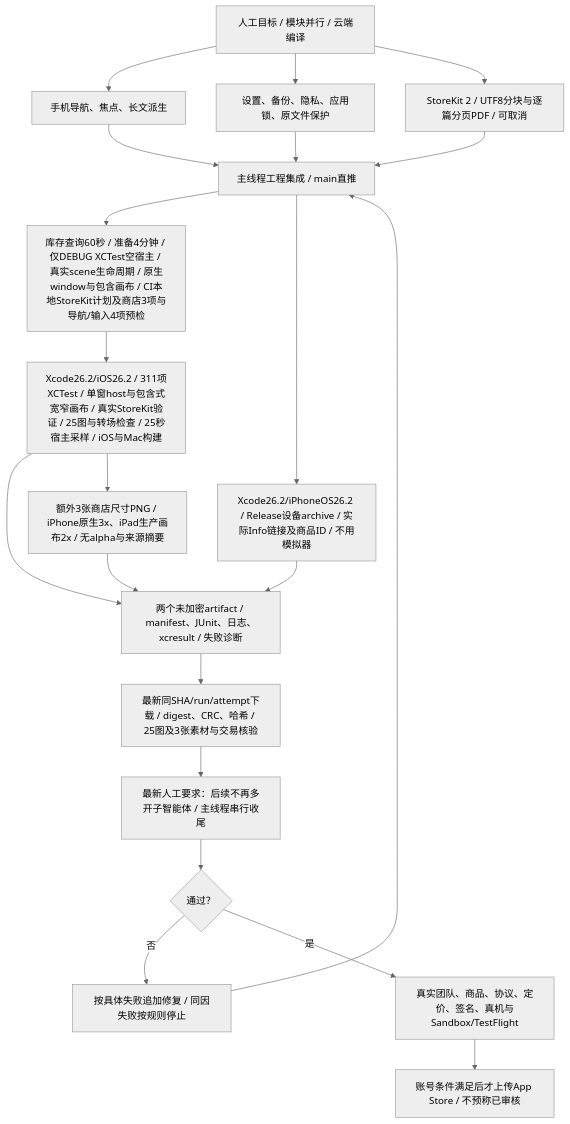
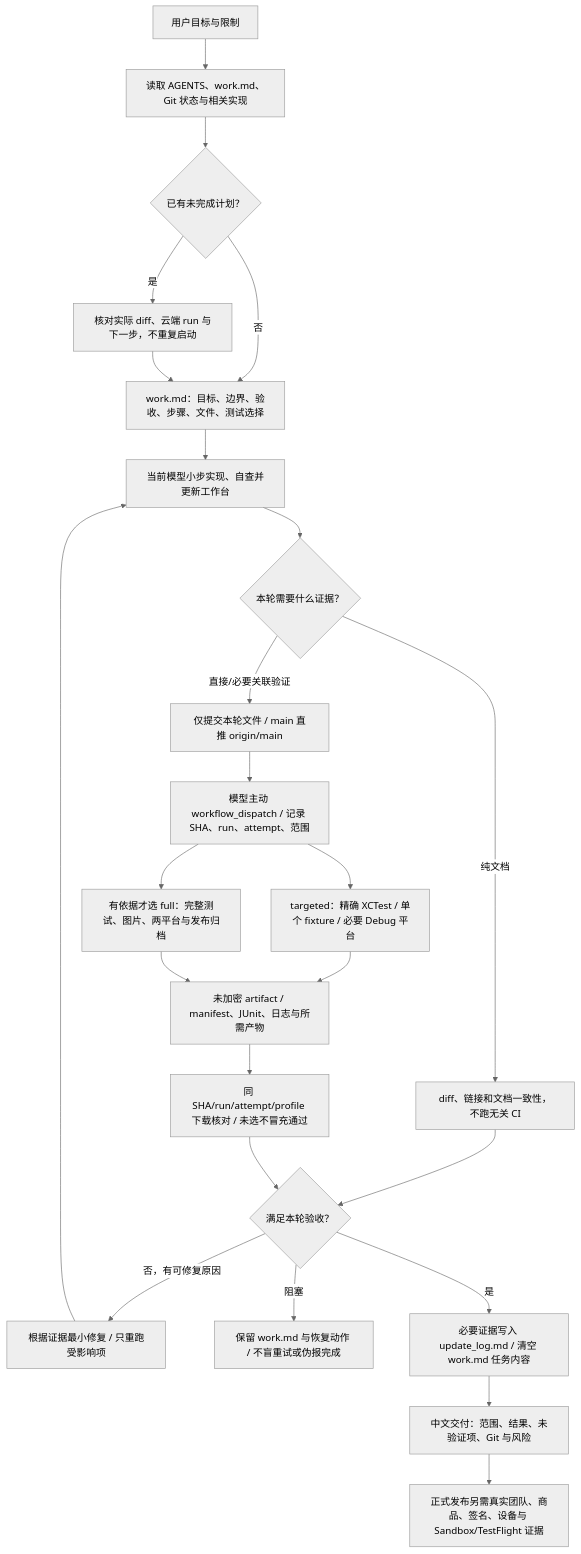
The fourth of 4 diagrams in md/flow/flowchart.md (Altman-sam114/117), drawn with Mermaid (neutral theme) before and after one commit. The commit also changed other lines of this file and 10 other files, not shown here.

````diff
--- a/md/flow/flowchart.md
+++ b/md/flow/flowchart.md
@@ -71,23 +71,26 @@
 ```mermaid
 flowchart TD
-  User["人工目标 / 模块并行 / 云端编译"] --> Mobile["手机导航、焦点、长文派生"]
-  User --> Safety["设置、备份、隐私、应用锁、原文件保护"]
-  User --> Pro["StoreKit 2 / UTF8分块与逐篇分页PDF / 可取消"]
-  Mobile --> Integrate["主线程工程集成 / main直推"]
-  Safety --> Integrate
-  Pro --> Integrate
-  Integrate --> TestHost["库存查询60秒 / 准备4分钟 / 仅DEBUG XCTest空宿主 / 真实scene生命周期 / 原生window与包含画布 / CI本地StoreKit计划及商店3项与导航/输入4项预检"]
-  TestHost --> Regression["Xcode26.2/iOS26.2 / 311项XCTest / 单窗host与包含式宽窄画布 / 真实StoreKit验证 / 25图与转场检查 / 25秒宿主采样 / iOS与Mac构建"]
-  Integrate --> Archive["Xcode26.2/iPhoneOS26.2 / Release设备archive / 实际Info链接及商品ID / 不用模拟器"]
-  Regression --> Results["两个未加密artifact / manifest、JUnit、日志、xcresult / 失败诊断"]
-  Archive --> Results
-  Regression --> StoreImages["额外3张商店尺寸PNG / iPhone原生3x、iPad生产画布2x / 无alpha与来源摘要"]
-  StoreImages --> Results
-  Results --> Review["最新同SHA/run/attempt下载 / digest、CRC、哈希 / 25图及3张素材与交易核验"]
-  Review --> Serial["最新人工要求：后续不再多开子智能体 / 主线程串行收尾"]
-  Serial --> Gate{"通过？"}
-  Gate -- "否" --> Fix["按具体失败追加修复 / 同因失败按规则停止"]
-  Fix --> Integrate
-  Gate -- "是" --> Account["真实团队、商品、协议、定价、签名、真机与Sandbox/TestFlight"]
-  Account --> Upload["账号条件满足后才上传App Store / 不预称已审核"]
+  User["用户目标与限制"] --> Read["读取 AGENTS、work.md、Git 状态与相关实现"]
+  Read --> Recover{"已有未完成计划？"}
+  Recover -- "是" --> VerifyState["核对实际 diff、云端 run 与下一步，不重复启动"]
+  Recover -- "否" --> Plan["work.md：目标、边界、验收、步骤、文件、测试选择"]
+  VerifyState --> Plan
+  Plan --> Develop["当前模型小步实现、自查并更新工作台"]
+  Develop --> Scope{"本轮需要什么证据？"}
+  Scope -- "纯文档" --> Static["diff、链接和文档一致性，不跑无关 CI"]
+  Scope -- "直接/必要关联验证" --> Push["仅提交本轮文件 / main 直推 origin/main"]
+  Push --> Dispatch["模型主动 workflow_dispatch / 记录 SHA、run、attempt、范围"]
+  Dispatch --> Targeted["targeted：精确 XCTest / 单个 fixture / 必要 Debug 平台"]
+  Dispatch --> Full["有依据才选 full：完整测试、图片、两平台与发布归档"]
+  Targeted --> Artifacts["未加密 artifact / manifest、JUnit、日志与所需产物"]
+  Full --> Artifacts
+  Artifacts --> Review["同 SHA/run/attempt/profile 下载核对 / 未选不冒充通过"]
+  Static --> Accept{"满足本轮验收？"}
+  Review --> Accept
+  Accept -- "否，有可修复原因" --> Fix["根据证据最小修复 / 只重跑受影响项"]
+  Fix --> Develop
+  Accept -- "阻塞" --> Blocked["保留 work.md 与恢复动作 / 不盲重试或伪报完成"]
+  Accept -- "是" --> Log["必要证据写入 update_log.md / 清空 work.md 任务内容"]
+  Log --> Deliver["中文交付：范围、结果、未验证项、Git 与风险"]
+  Deliver --> Publish["正式发布另需真实团队、商品、签名、设备与 Sandbox/TestFlight 证据"]
 ```
````
